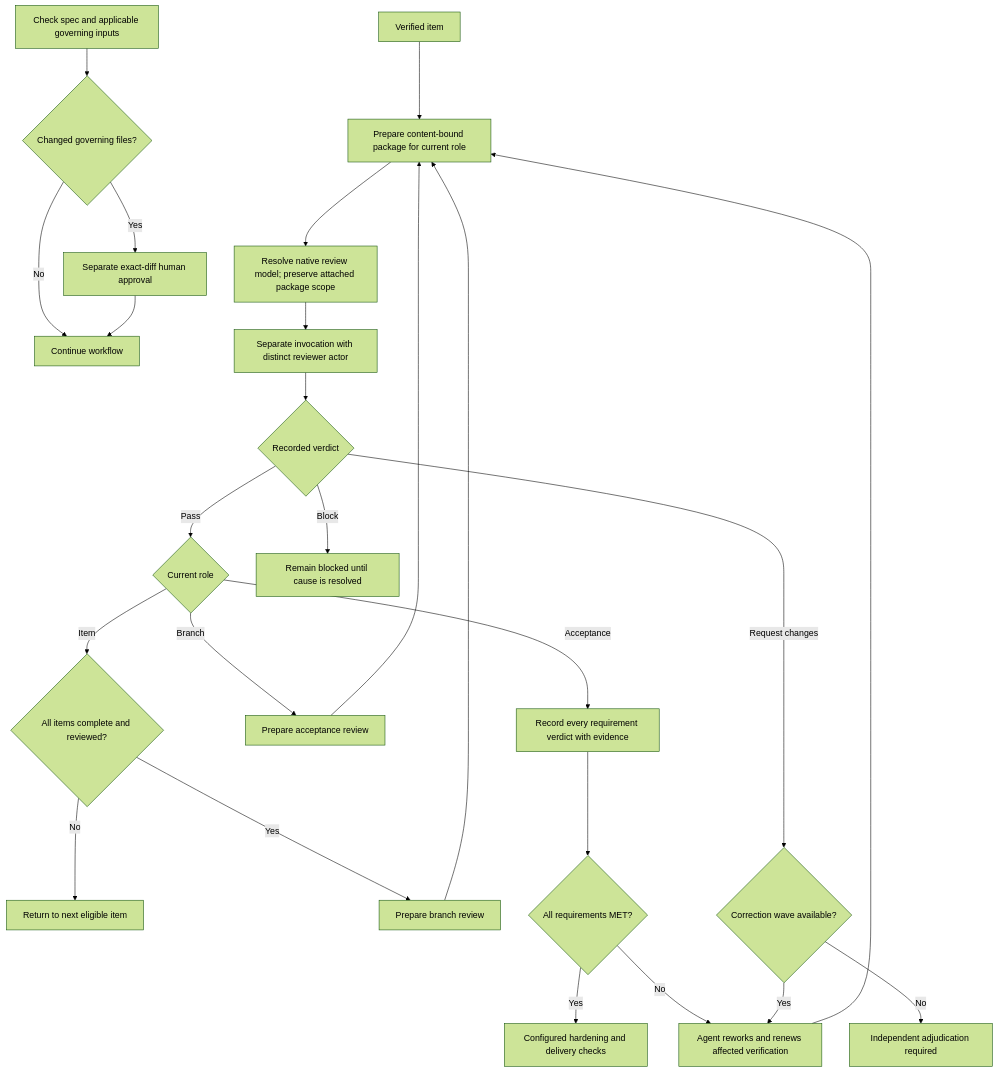
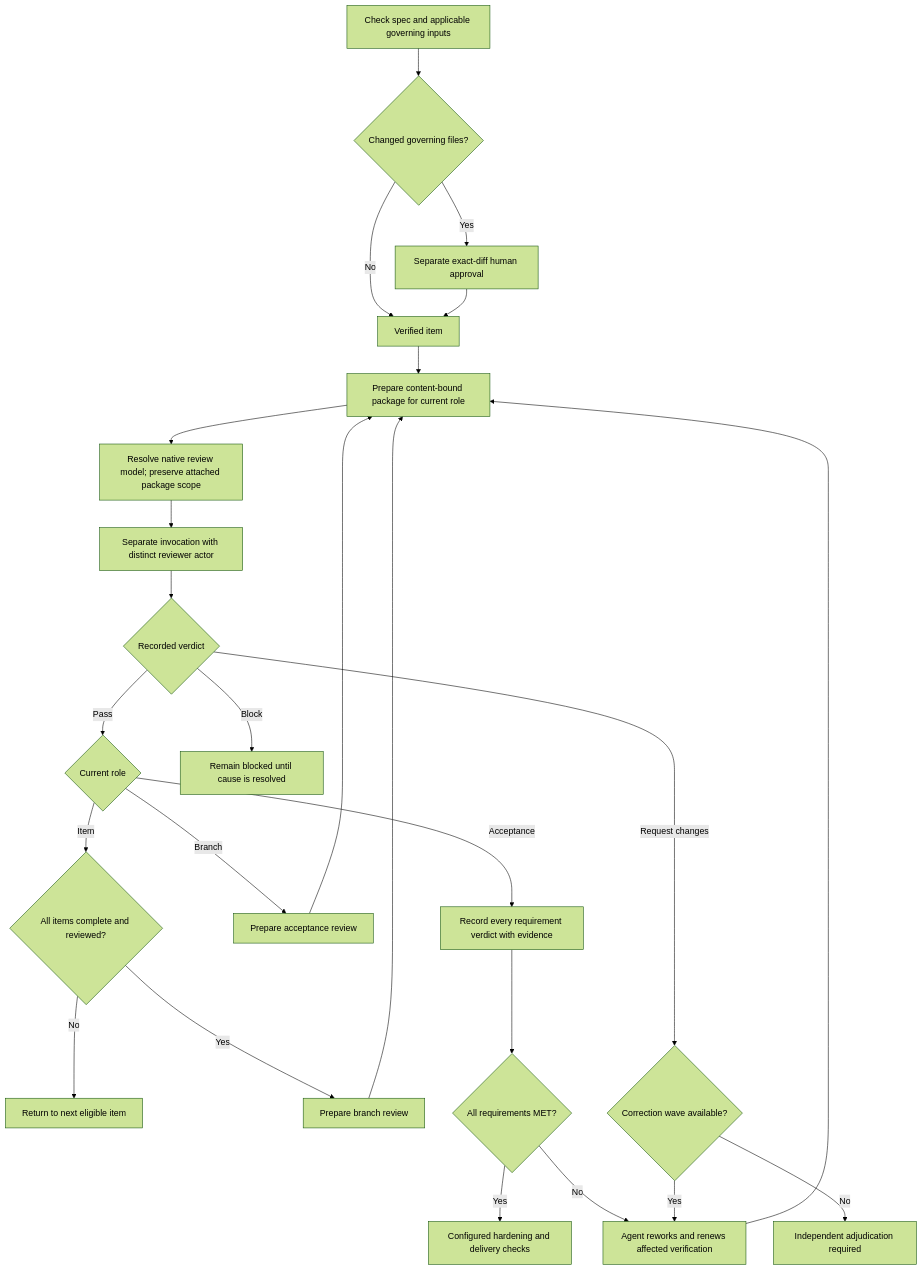
One commit to wgentil/devflow changed the diagram in skills/review-work/SKILL.md. Above: the diagram before and after it, drawn with Mermaid (forest theme). The commit also changed other lines of this file and 9 other files, not shown here.

````diff
--- a/skills/review-work/SKILL.md
+++ b/skills/review-work/SKILL.md
@@ -10,27 +10,27 @@
 ```mermaid
 flowchart TD
     Inputs["Check spec and applicable governing inputs"] --> Policy{"Changed governing files?"}
     Policy -->|Yes| Approve["Separate exact-diff human approval"]
-    Policy -->|No| Continue["Continue workflow"]
-    Approve --> Continue
+    Policy -->|No| Item
+    Approve --> Item
     Item["Verified item"] --> Package["Prepare content-bound package for current role"]
     Package --> Native["Resolve native review model; preserve attached package scope"]
     Native --> Reviewer["Separate invocation with distinct reviewer actor"]
     Reviewer --> Verdict{"Recorded verdict"}
     Verdict -->|Pass| Stage{"Current role"}
     Stage -->|Item| More{"All items complete and reviewed?"}
     More -->|No| Next["Return to next eligible item"]
     More -->|Yes| Branch["Prepare branch review"]
     Branch --> Package
     Stage -->|Branch| Acceptance["Prepare acceptance review"]
     Acceptance --> Package
     Stage -->|Acceptance| Requirements["Record every requirement verdict with evidence"]
     Requirements --> Complete{"All requirements MET?"}
     Complete -->|Yes| Hardening["Configured hardening and delivery checks"]
     Complete -->|No| Fix["Agent reworks and renews affected verification"]
     Verdict -->|Request changes| Limit{"Correction wave available?"}
     Limit -->|Yes| Fix
     Fix --> Package
     Limit -->|No| Adjudication["Independent adjudication required"]
     Verdict -->|Block| Blocked["Remain blocked until cause is resolved"]
 ```
````
